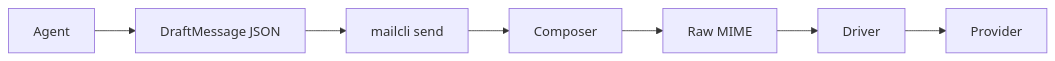
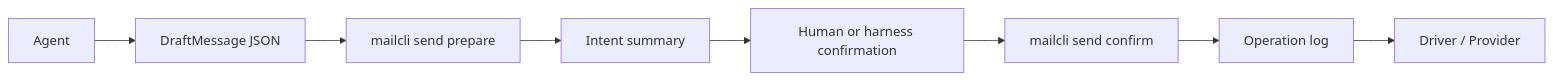
The fifth of 5 diagrams in docs/en/agent-workflows.md (nonozone/MailCli), drawn with Mermaid before and after one commit. The commit also changed other lines of this file and 18 other files, not shown here.

Commit message:
feat: add send intent confirmation and operation logs

````diff
--- a/docs/en/agent-workflows.md
+++ b/docs/en/agent-workflows.md
@@ -249,9 +251,10 @@
 ```mermaid
 flowchart LR
   A["Agent"] --> B["DraftMessage JSON"]
-  B --> C["mailcli send"]
-  C --> D["Composer"]
-  D --> E["Raw MIME"]
-  E --> F["Driver"]
-  F --> G["Provider"]
+  B --> C["mailcli send prepare"]
+  C --> D["Intent summary"]
+  D --> E["Human or harness confirmation"]
+  E --> F["mailcli send confirm"]
+  F --> G["Operation log"]
+  G --> H["Driver / Provider"]
 ```
````
